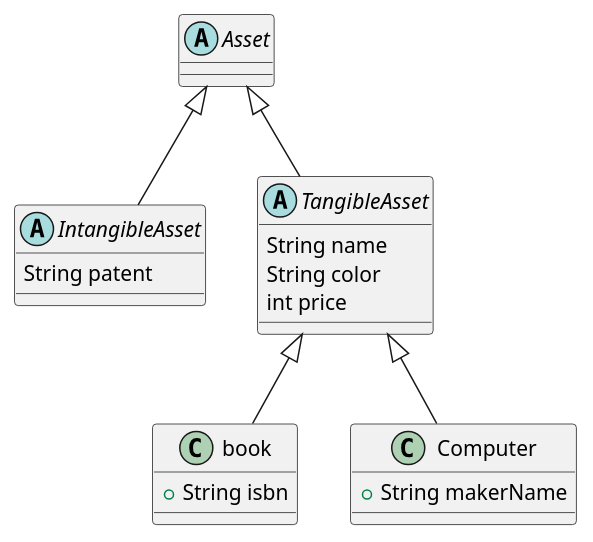
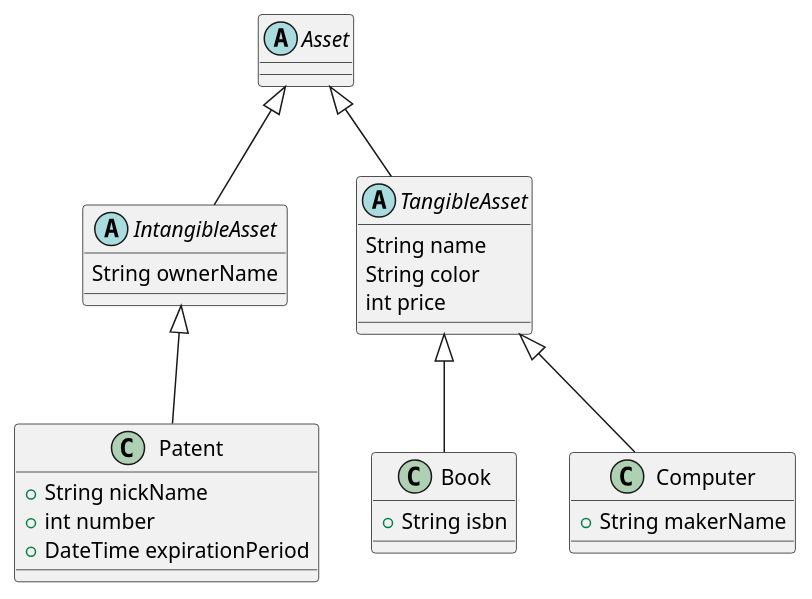
One commit to orm-camp-flutter-2ki/learn_dart_together changed the diagram in lib/240313/uml/practice_2_uml.puml. Above: the diagram before and after it, drawn with PlantUML.

Commit message:
fix: 연습 문제 2 uml 수정

```diff
--- a/lib/240313/uml/practice_2_uml.puml
+++ b/lib/240313/uml/practice_2_uml.puml
@@ -1,24 +1,37 @@
 @startuml
 
 abstract class Asset {
 }
 
+'무형 자산
 abstract class IntangibleAsset extends Asset{
-String patent
+String ownerName
 }
 
+'유형 자산
 abstract class TangibleAsset extends Asset{
 String name
 String color
 int price
 }
 
-class book extends TangibleAsset {
+'무형 자산 상속
+class Patent extends IntangibleAsset {
+'특허 명칭
++ String nickName
+'특허 번호
++ int number
++ DateTime expirationPeriod
+}
+
+'유형 자산 상속
+class Book extends TangibleAsset {
 + String isbn
 }
 
+'유형 자산 상속
 class Computer extends TangibleAsset {
 + String makerName
 }
 
 @enduml
```
